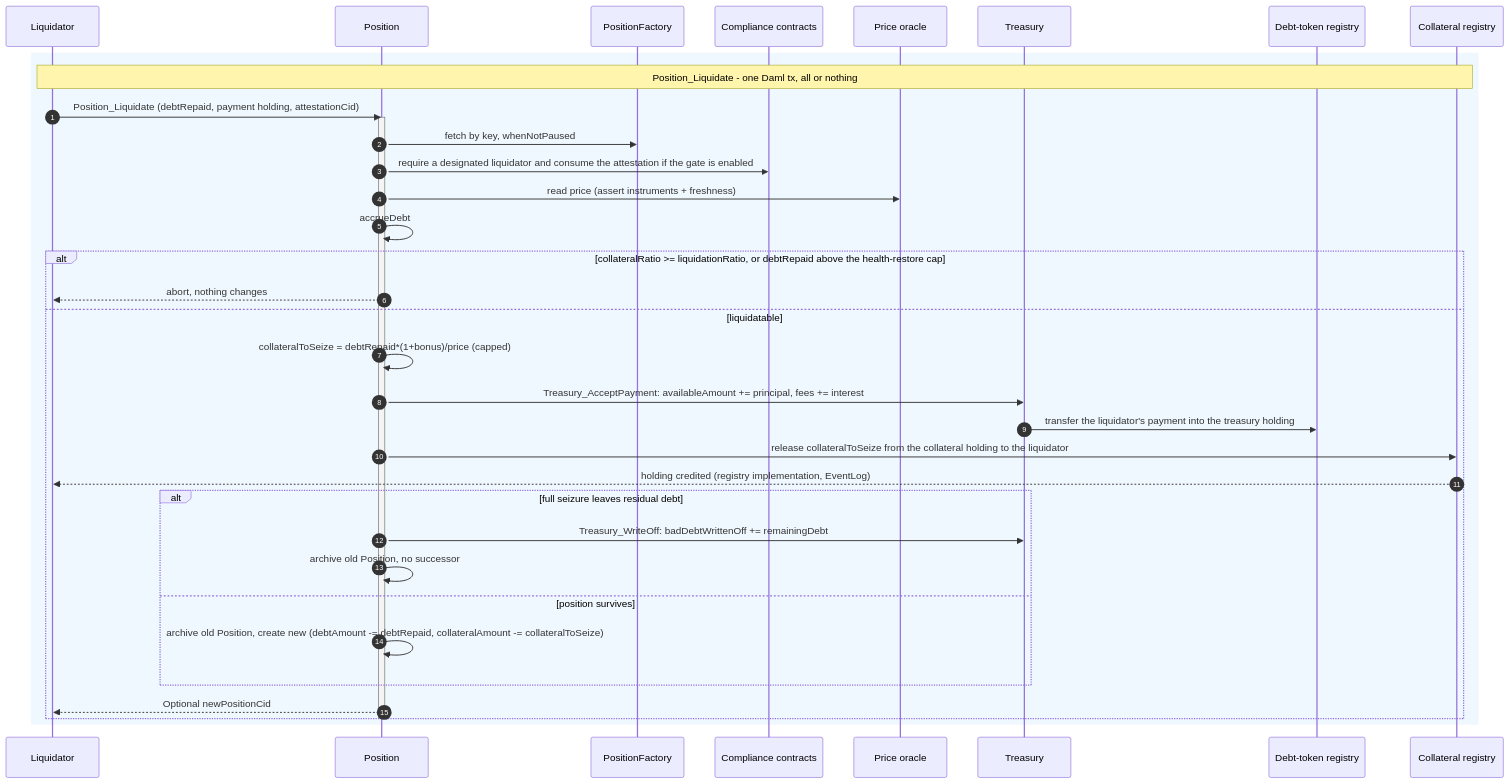
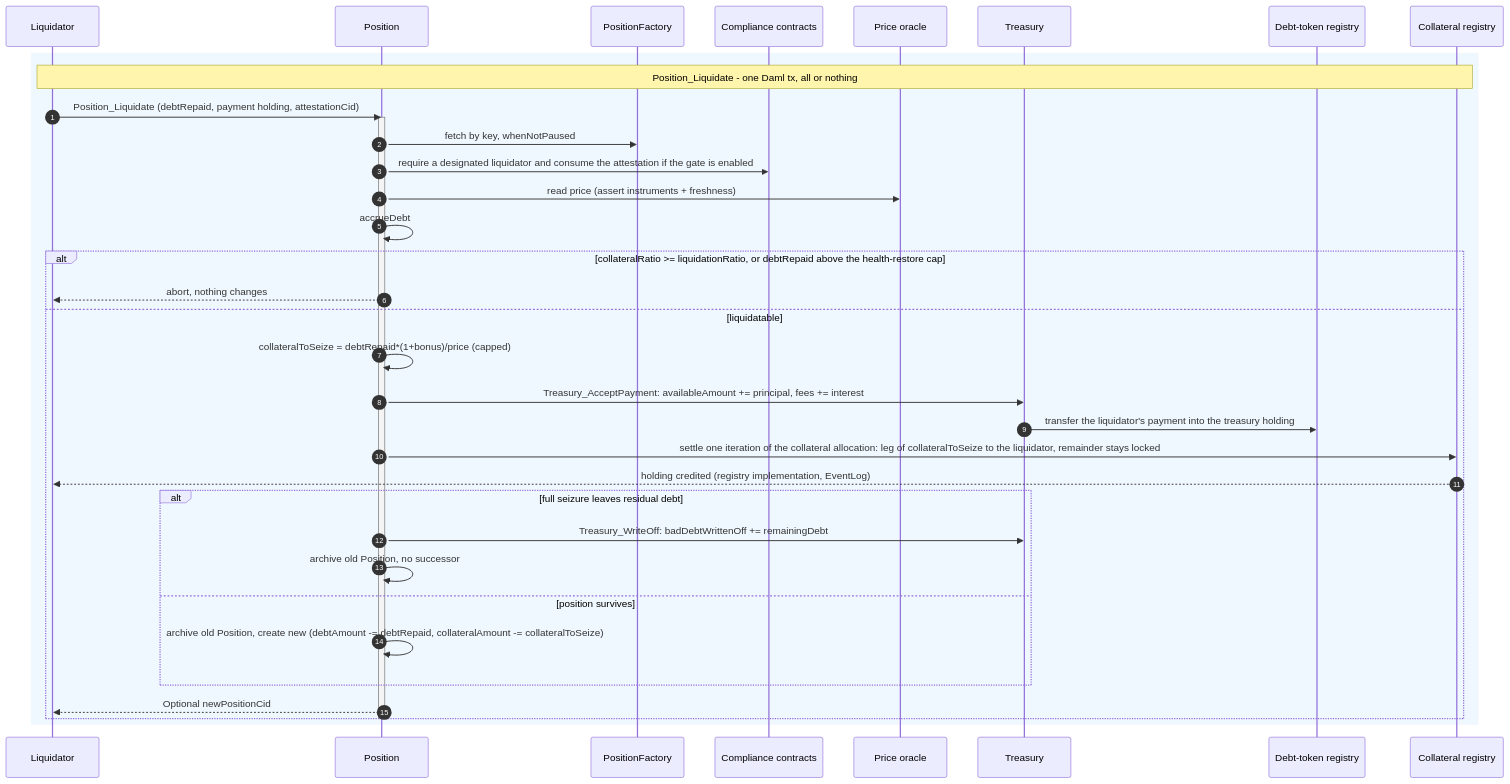
Before and after one commit to OpenZeppelin/canton-specs: the ninth of 9 diagrams in docs/reference-architectures/lending.md, drawn with Mermaid. The commit also changed other lines of this file, not shown here.

Commit message:
Lock collateral in iterated allocation.

````diff
--- a/docs/reference-architectures/lending.md
+++ b/docs/reference-architectures/lending.md
@@ -477,39 +479,39 @@
 ```mermaid
 sequenceDiagram
     autonumber
     participant L as Liquidator
     participant P as Position
     participant F as PositionFactory
     participant C as Compliance contracts
     participant O as Price oracle
     participant T as Treasury
     participant RD as Debt-token registry
     participant RC as Collateral registry
 
     rect rgb(240, 248, 255)
     Note over L, RC: Position_Liquidate - one Daml tx, all or nothing
     L->>P: Position_Liquidate (debtRepaid, payment holding, attestationCid)
     activate P
     P->>F: fetch by key, whenNotPaused
     P->>C: require a designated liquidator and consume the attestation if the gate is enabled
     P->>O: read price (assert instruments + freshness)
     P->>P: accrueDebt
     alt collateralRatio >= liquidationRatio, or debtRepaid above the health-restore cap
         P-->>L: abort, nothing changes
     else liquidatable
         P->>P: collateralToSeize = debtRepaid*(1+bonus)/price (capped)
         P->>T: Treasury_AcceptPayment: availableAmount += principal, fees += interest
         T->>RD: transfer the liquidator's payment into the treasury holding
-        P->>RC: release collateralToSeize from the collateral holding to the liquidator
+        P->>RC: settle one iteration of the collateral allocation: leg of collateralToSeize to the liquidator, remainder stays locked
         RC-->>L: holding credited (registry implementation, EventLog)
         alt full seizure leaves residual debt
             P->>T: Treasury_WriteOff: badDebtWrittenOff += remainingDebt
             P->>P: archive old Position, no successor
         else position survives
             P->>P: archive old Position, create new (debtAmount -= debtRepaid, collateralAmount -= collateralToSeize)
         end
         P-->>L: Optional newPositionCid
     end
     deactivate P
     end
 ```
````
